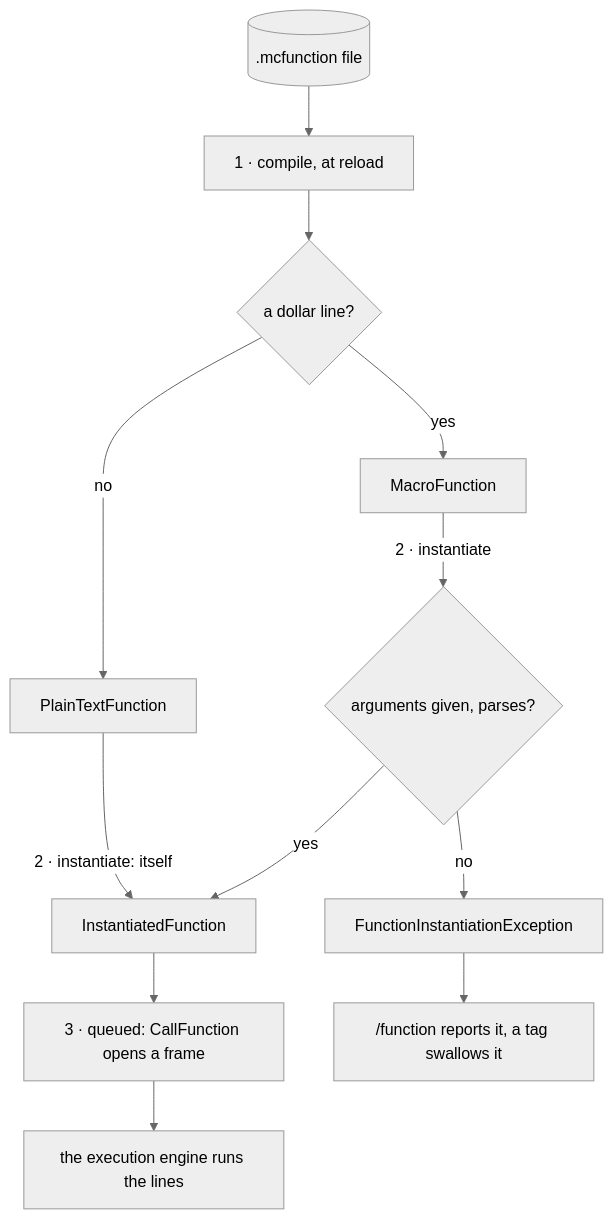
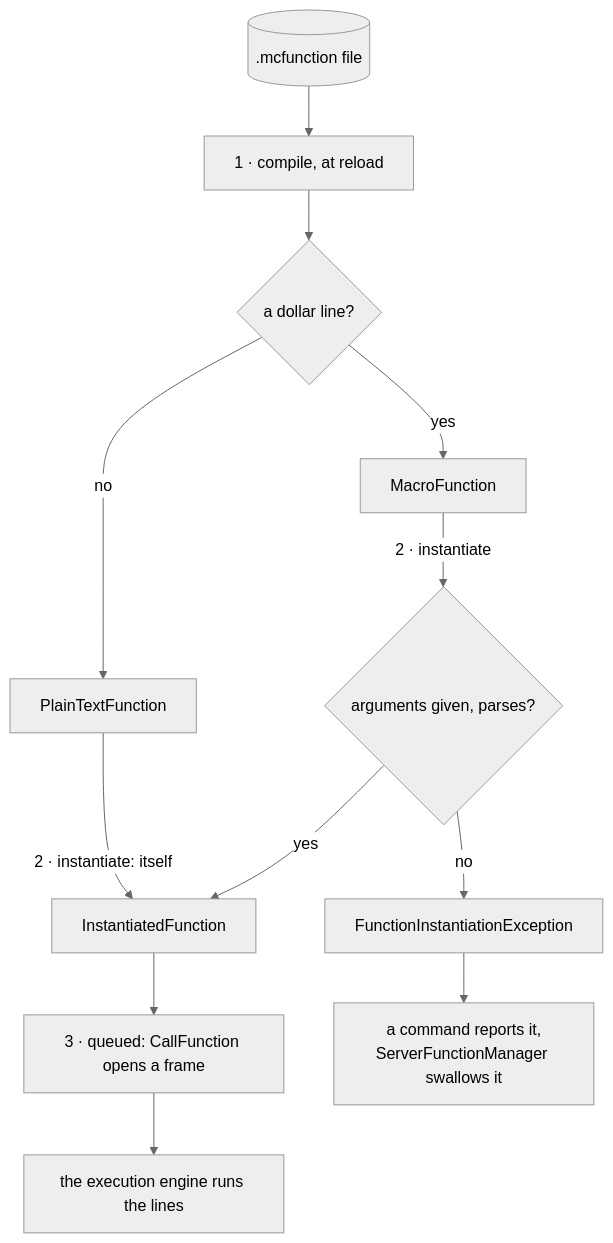
One commit to AlexanderjFraser/MinecraftDocs changed the diagram in src/systems/commands/functions-and-macros.md. Above: the diagram before and after it, drawn with Mermaid (neutral theme). The commit also changed other lines of this file and 19 other files, not shown here.

````diff
--- a/src/systems/commands/functions-and-macros.md
+++ b/src/systems/commands/functions-and-macros.md
@@ -26,14 +26,14 @@
 ```mermaid
 flowchart TD
     F[(".mcfunction file")]:::disk --> C["1 · compile, at reload"]
     C --> K{"a dollar line?"}
     K -- no --> PT["PlainTextFunction"]
     K -- yes --> MF["MacroFunction"]
     PT -- "2 · instantiate: itself" --> R["InstantiatedFunction"]
     MF -- "2 · instantiate" --> X{"arguments given, parses?"}
     X -- yes --> R
     X -- no --> EX["FunctionInstantiationException"]
-    EX --> SW["/function reports it, a tag swallows it"]
+    EX --> SW["a command reports it,<br/>ServerFunctionManager swallows it"]
     R --> Q["3 · queued: CallFunction opens a frame"]
     Q --> E["the execution engine runs the lines"]
 ```
````
